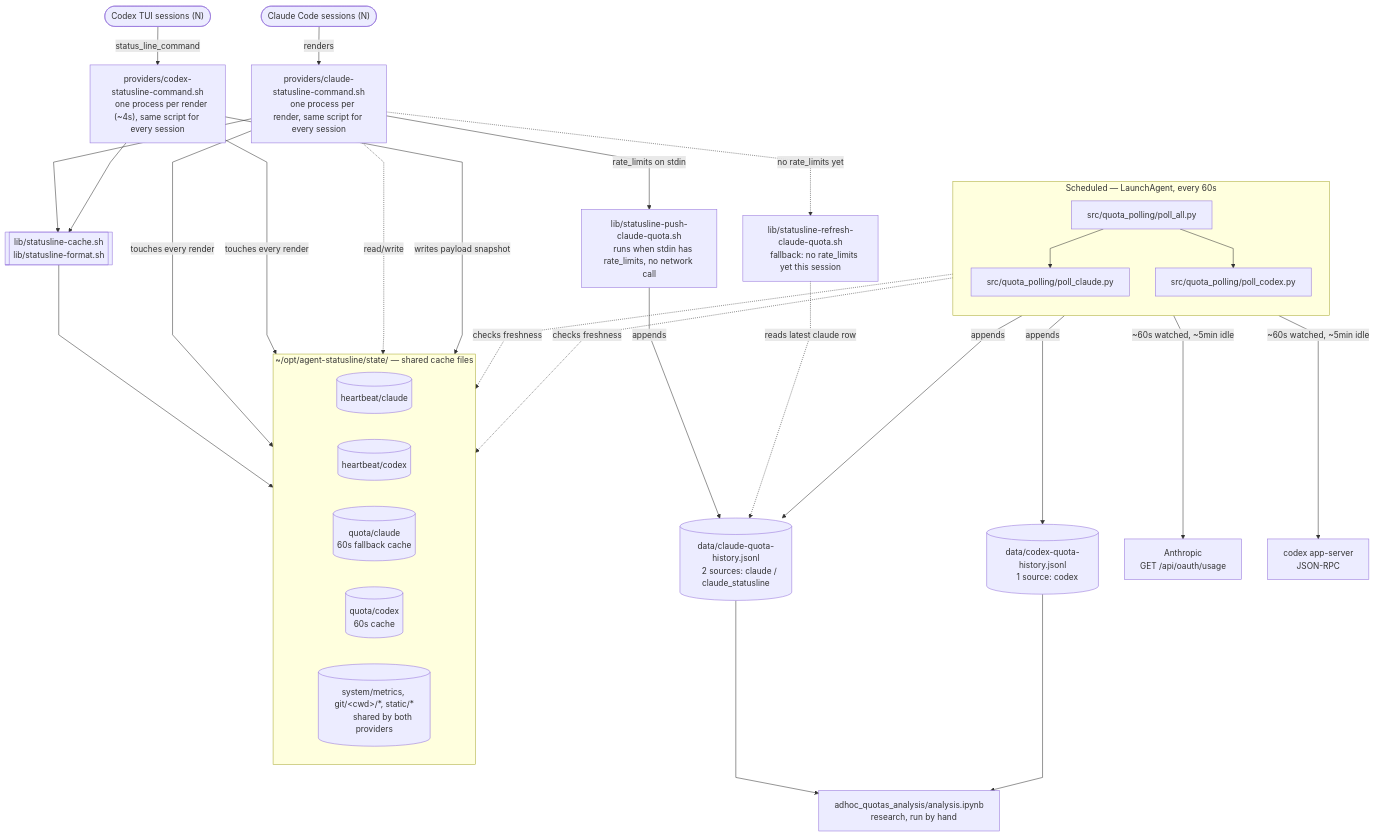
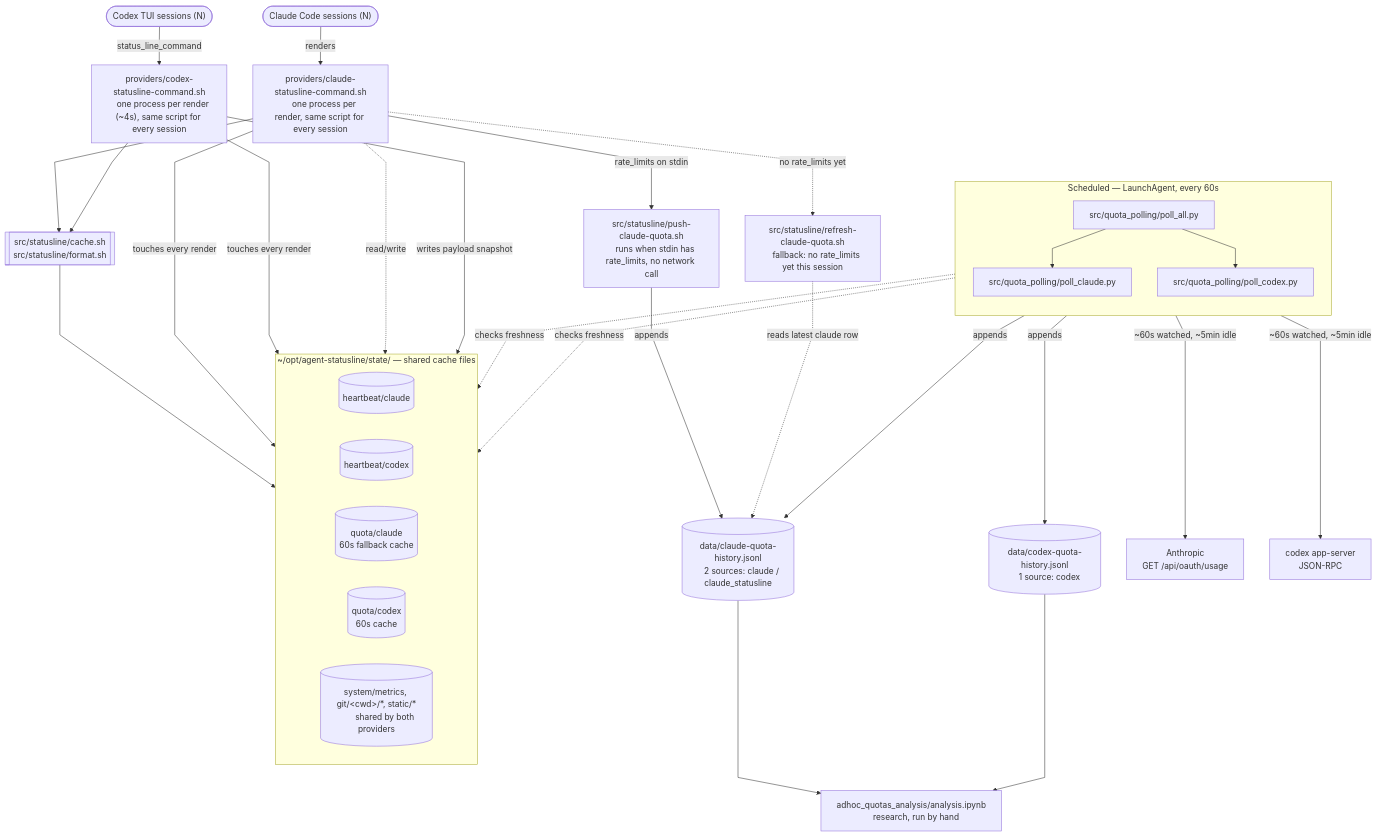
The diagram in README.md (JeanLescutMuller/agent-statusline), drawn with Mermaid before and after one commit. The commit also changed other lines of this file and 43 other files, not shown here.

First line of the commit message:
Reorganize into src/statusline + src/quota_polling; add uninstall.sh; consolidate codex-patch into a shared version-pinned module

````diff
--- a/README.md
+++ b/README.md
@@ -58,80 +65,80 @@
 ```mermaid
 %%{init: {"flowchart": {"curve": "linear"}}}%%
 flowchart TB
     claudeS(["Claude Code sessions (N)"])
     codexS(["Codex TUI sessions (N)"])
 
     provclaude["providers/claude-statusline-command.sh
     one process per render, same script for every session"]
     provcodex["providers/codex-statusline-command.sh
     one process per render (~4s), same script for every session"]
 
-    sharedlib[["lib/statusline-cache.sh
-    lib/statusline-format.sh"]]
+    sharedlib[["src/statusline/cache.sh
+    src/statusline/format.sh"]]
 
     subgraph state["~/opt/agent-statusline/state/ — shared cache files"]
         direction LR
         hbC[("heartbeat/claude")]
         hbX[("heartbeat/codex")]
         ccC[("quota/claude
         60s fallback cache")]
         ccX[("quota/codex
         60s cache")]
         ccOther[("system/metrics, git/&lt;cwd&gt;/*, static/*
         shared by both providers")]
     end
 
-    pushscript["lib/statusline-push-claude-quota.sh
+    pushscript["src/statusline/push-claude-quota.sh
     runs when stdin has rate_limits, no network call"]
-    refreshscript["lib/statusline-refresh-claude-quota.sh
+    refreshscript["src/statusline/refresh-claude-quota.sh
     fallback: no rate_limits yet this session"]
 
     claudelog[("data/claude-quota-history.jsonl
     2 sources: claude / claude_statusline")]
     codexlog[("data/codex-quota-history.jsonl
     1 source: codex")]
 
     subgraph pollers["Scheduled — LaunchAgent, every 60s"]
         direction TB
         pollall["src/quota_polling/poll_all.py"]
         pollclaude["src/quota_polling/poll_claude.py"]
         pollcodex["src/quota_polling/poll_codex.py"]
     end
 
     anthropicusage["Anthropic
     GET /api/oauth/usage"]
     codexrpc["codex app-server
     JSON-RPC"]
     notebook["adhoc_quotas_analysis/analysis.ipynb
     research, run by hand"]
 
     claudeS -->|renders| provclaude
     codexS -->|"status_line_command"| provcodex
 
     provclaude --> sharedlib
     provcodex --> sharedlib
     sharedlib --> ccOther
 
     provclaude -->|touches every render| hbC
     provcodex -->|touches every render| hbX
 
     provclaude -->|"rate_limits on stdin"| pushscript
     pushscript -->|appends| claudelog
     provclaude -.->|"no rate_limits yet"| refreshscript
     refreshscript -.->|reads latest claude row| claudelog
     provclaude -.->|read/write| ccC
 
     provcodex -->|writes payload snapshot| ccX
 
     pollall --> pollclaude
     pollall --> pollcodex
     pollclaude -.->|checks freshness| hbC
     pollclaude -->|"~60s watched, ~5min idle"| anthropicusage
     pollclaude -->|appends| claudelog
     pollcodex -.->|checks freshness| hbX
     pollcodex -->|"~60s watched, ~5min idle"| codexrpc
     pollcodex -->|appends| codexlog
 
     claudelog --> notebook
     codexlog --> notebook
 ```
````
